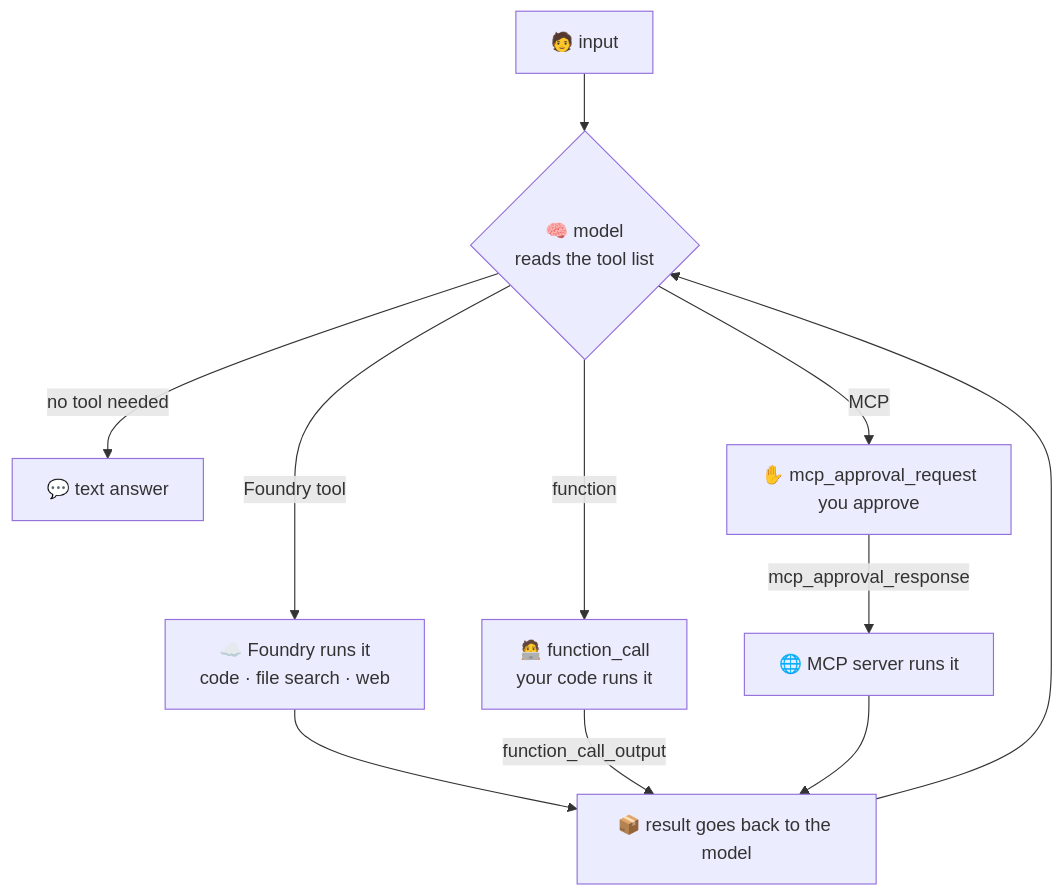
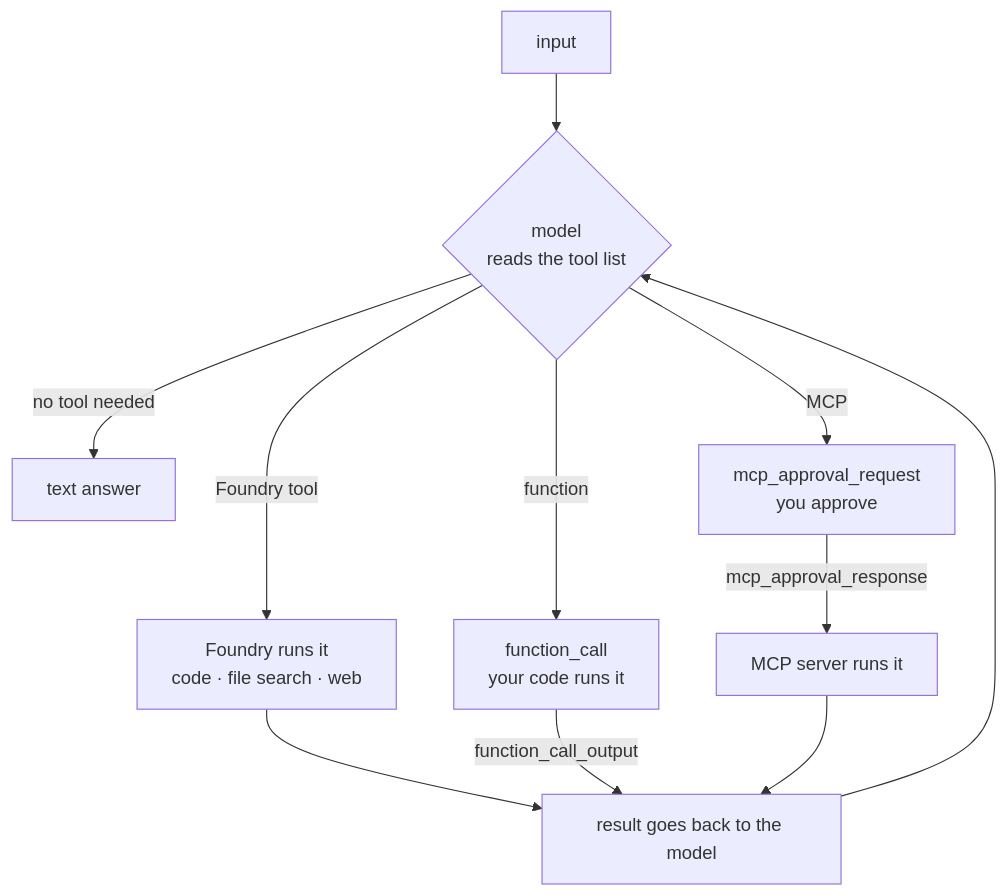
The first of 3 diagrams in docs/tools.md (nampacx/MS-Foundry-from-0-to-hero), drawn with Mermaid before and after one commit. The commit also changed other lines of this file and 37 other files, not shown here.

````diff
--- a/docs/tools.md
+++ b/docs/tools.md
@@ -20,12 +20,12 @@
 ```mermaid
 flowchart TD
-  U[🧑 input] --> M{🧠 model<br/>reads the tool list}
-  M -->|no tool needed| T[💬 text answer]
-  M -->|Foundry tool| F[☁️ Foundry runs it<br/>code · file search · web]
-  M -->|function| Y[🧑‍💻 function_call<br/>your code runs it]
-  M -->|MCP| A[✋ mcp_approval_request<br/>you approve]
-  F --> R[📦 result goes back to the model]
+  U[input] --> M{model<br/>reads the tool list}
+  M -->|no tool needed| T[text answer]
+  M -->|Foundry tool| F[Foundry runs it<br/>code · file search · web]
+  M -->|function| Y[function_call<br/>your code runs it]
+  M -->|MCP| A[mcp_approval_request<br/>you approve]
+  F --> R[result goes back to the model]
   Y -->|function_call_output| R
-  A -->|mcp_approval_response| S[🌐 MCP server runs it] --> R
+  A -->|mcp_approval_response| S[MCP server runs it] --> R
   R --> M
 ```
````
